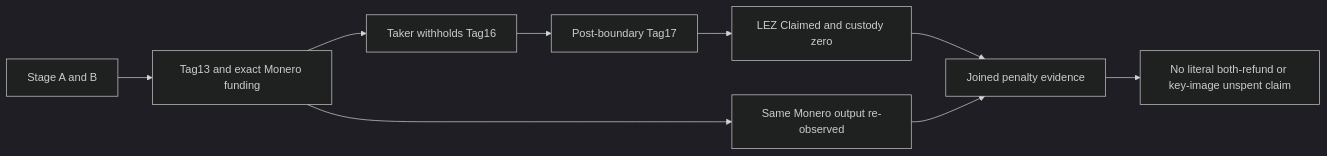
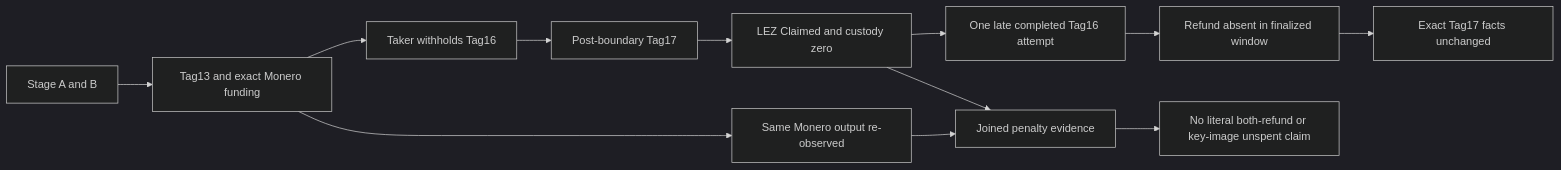
One commit to gateway-fm/lez-atomic-swaps changed diagram 31 of 56 in docs/architecture/system-architecture.md. Above: the diagram before and after it, drawn with Mermaid (dark theme). The commit also changed 7 other files, not shown here.

Commit message:
test(m7): exclude late tag16 after tag17

````diff
--- a/docs/architecture/system-architecture.md
+++ b/docs/architecture/system-architecture.md
@@ -2767,11 +2767,14 @@
 ```mermaid
 flowchart LR
     Stage[Stage A and B] --> Locks[Tag13 and exact Monero funding]
     Locks --> Abandon[Taker withholds Tag16]
     Abandon --> Punish[Post-boundary Tag17]
     Punish --> Terminal[LEZ Claimed and custody zero]
     Locks --> Reobserve[Same Monero output re-observed]
     Terminal --> Join[Joined penalty evidence]
     Reobserve --> Join
+    Terminal --> Late16[One late completed Tag16 attempt]
+    Late16 --> Exclude[Refund absent in finalized window]
+    Exclude --> Stable[Exact Tag17 facts unchanged]
     Join --> Residual[No literal both-refund or key-image unspent claim]
 ```
````
